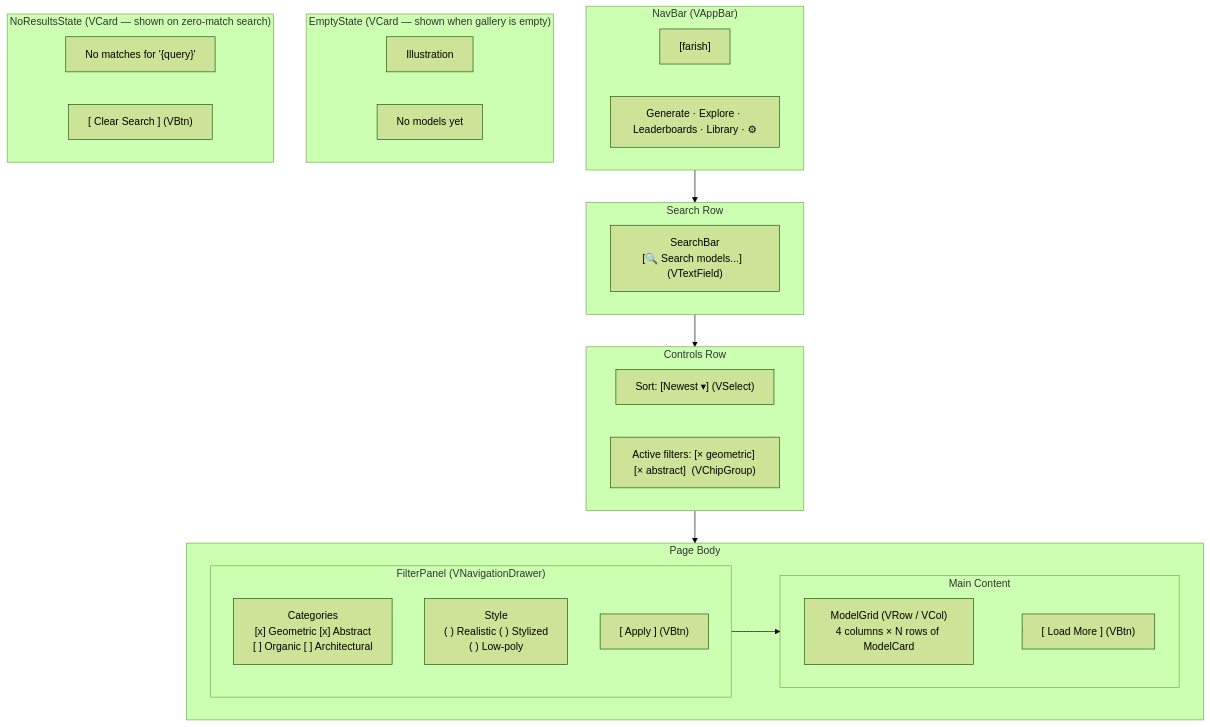
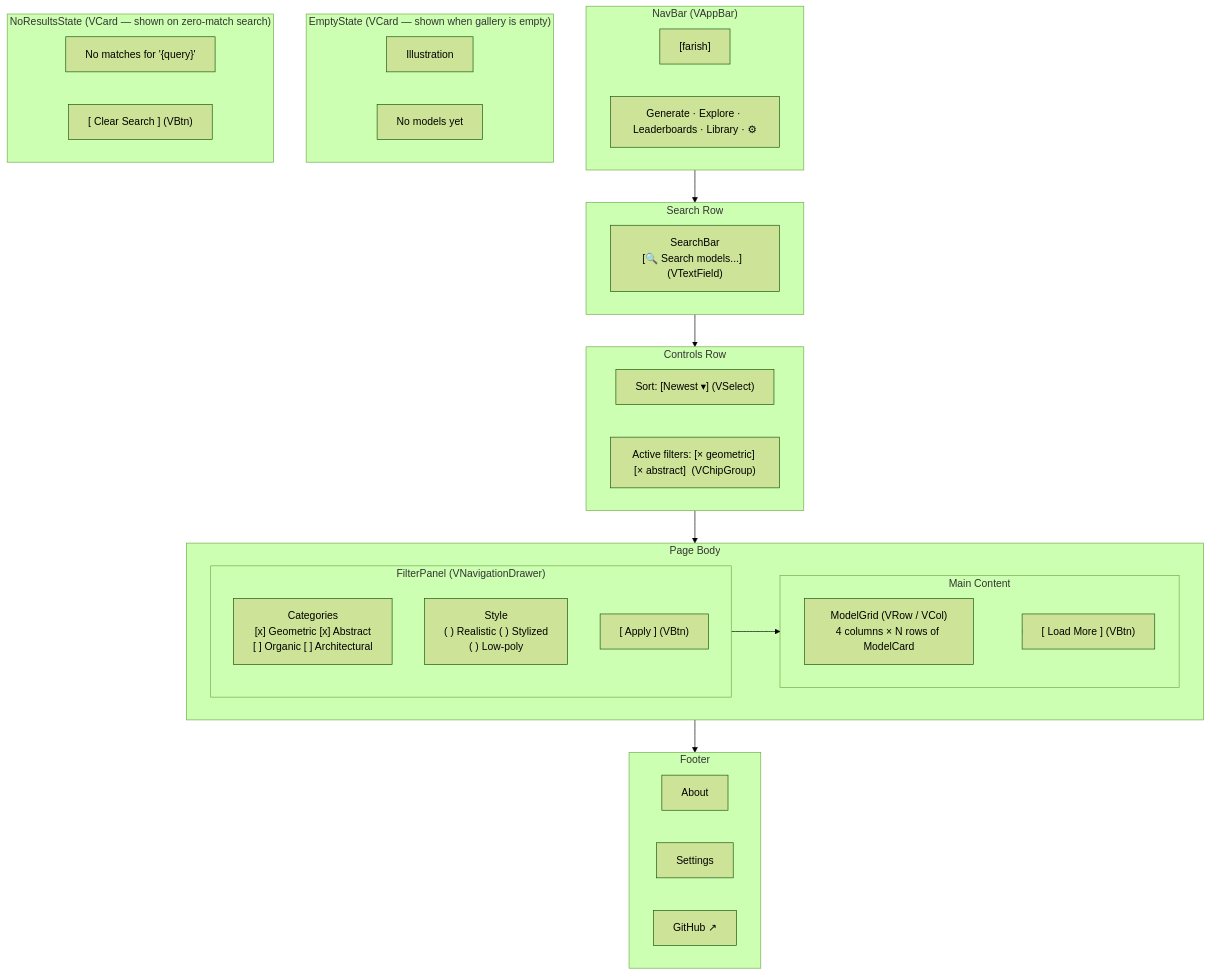
The diagram in docs/pages/explore/wireframes/page.mermaid.md (nsheaps/farish), drawn with Mermaid (forest theme) before and after one commit. The commit also changed other lines of this file and 30 other files, not shown here.

First line of the commit message:
docs(pages): step-16 cross-page validation — global footer, nav consistency fixes

````diff
--- a/docs/pages/explore/wireframes/page.mermaid.md
+++ b/docs/pages/explore/wireframes/page.mermaid.md
@@ -3,43 +3,49 @@
 ```mermaid
 flowchart TB
     subgraph NavBar["NavBar (VAppBar)"]
         Logo["[farish]"]
         NavLinks["Generate · Explore · Leaderboards · Library · ⚙"]
     end
 
     subgraph SearchRow["Search Row"]
         SearchBar["SearchBar\n[🔍 Search models...]  (VTextField)"]
     end
 
     subgraph ControlsRow["Controls Row"]
         SortSelector["Sort: [Newest ▾]  (VSelect)"]
         FilterChips["Active filters: [× geometric] [× abstract]  (VChipGroup)"]
     end
 
     subgraph Body["Page Body"]
         subgraph FilterPanel["FilterPanel (VNavigationDrawer)"]
             CategoryFilters["Categories\n[x] Geometric  [x] Abstract\n[ ] Organic  [ ] Architectural"]
             StyleFilters["Style\n( ) Realistic  ( ) Stylized\n( ) Low-poly"]
             ApplyBtn["[ Apply ]  (VBtn)"]
         end
 
         subgraph MainContent["Main Content"]
             ModelGrid["ModelGrid (VRow / VCol)\n4 columns × N rows of ModelCard"]
             LoadMore["[ Load More ]  (VBtn)"]
         end
     end
 
     subgraph EmptyState_note["EmptyState (VCard — shown when gallery is empty)"]
         EmptyIllustration["Illustration"]
         EmptyText["No models yet"]
     end
 
     subgraph NoResults_note["NoResultsState (VCard — shown on zero-match search)"]
         NoResultsText["No matches for '{query}'"]
         ClearSearch["[ Clear Search ]  (VBtn)"]
     end
 
-    NavBar --> SearchRow --> ControlsRow --> Body
+    subgraph Footer["Footer"]
+        AboutLink["About"]
+        SettingsLink["Settings"]
+        GithubLink["GitHub ↗"]
+    end
+
+    NavBar --> SearchRow --> ControlsRow --> Body --> Footer
     FilterPanel --> MainContent
     MainContent --> LoadMore
 ```
````
